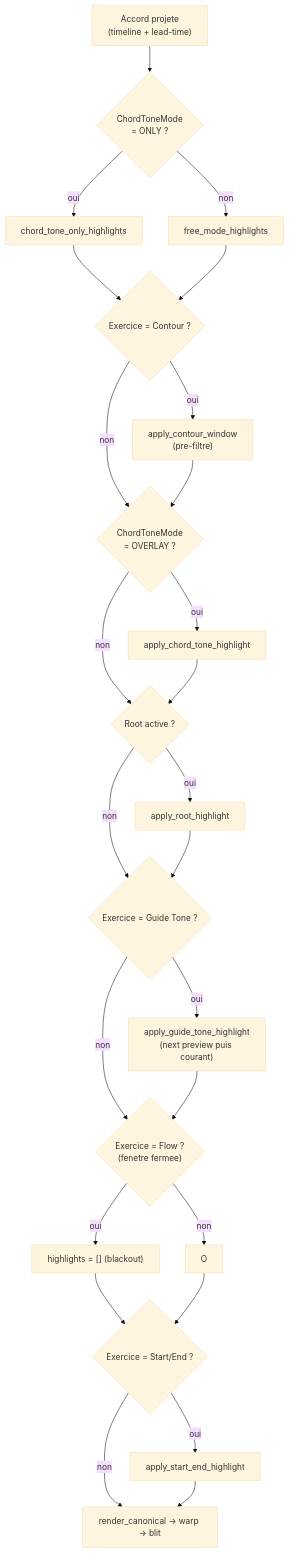
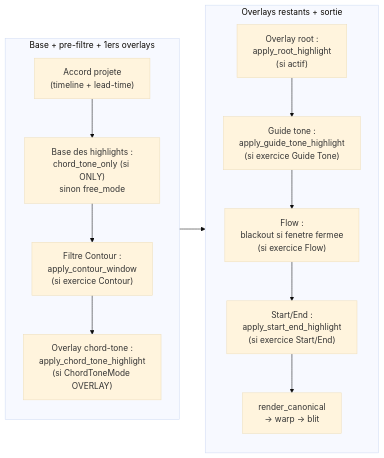
One commit to AlexandreRiedo/leadsheet-utility changed the fifth of 11 diagrams in rapport/plan-solution-technique.md. Above: the diagram before and after it, drawn with Mermaid (base theme). The commit also changed other lines of this file and 13 other files, not shown here.

````diff
--- a/rapport/plan-solution-technique.md
+++ b/rapport/plan-solution-technique.md
@@ -219,27 +261,17 @@
 ```mermaid
-flowchart TD
-    A["Accord projete<br/>(timeline + lead-time)"] --> B{"ChordToneMode<br/>= ONLY ?"}
-    B -- oui --> C["chord_tone_only_highlights"]
-    B -- non --> D["free_mode_highlights"]
-    C --> E{"Exercice = Contour ?"}
-    D --> E
-    E -- oui --> F["apply_contour_window<br/>(pre-filtre)"]
-    E -- non --> G
-    F --> G{"ChordToneMode<br/>= OVERLAY ?"}
-    G -- oui --> H["apply_chord_tone_highlight"]
-    G -- non --> I
-    H --> I{"Root active ?"}
-    I -- oui --> J["apply_root_highlight"]
-    I -- non --> K
-    J --> K{"Exercice = Guide Tone ?"}
-    K -- oui --> L["apply_guide_tone_highlight<br/>(next preview puis courant)"]
-    K -- non --> M
-    L --> M{"Exercice = Flow ?<br/>(fenetre fermee)"}
-    M -- oui --> N["highlights = [] (blackout)"]
-    M -- non --> O
-    N --> P
-    O --> P{"Exercice = Start/End ?"}
-    P -- oui --> Q["apply_start_end_highlight"]
-    P -- non --> R
-    Q --> R["render_canonical → warp → blit"]
+flowchart LR
+    subgraph col1 ["Base + pre-filtre + 1ers overlays"]
+        direction TB
+        A["Accord projete<br/>(timeline + lead-time)"] --> B["Base des highlights :<br/>chord_tone_only (si ONLY)<br/>sinon free_mode"]
+        B --> C["Filtre Contour :<br/>apply_contour_window<br/>(si exercice Contour)"]
+        C --> D["Overlay chord-tone :<br/>apply_chord_tone_highlight<br/>(si ChordToneMode OVERLAY)"]
+    end
+    subgraph col2 ["Overlays restants + sortie"]
+        direction TB
+        E["Overlay root :<br/>apply_root_highlight<br/>(si actif)"] --> F["Guide tone :<br/>apply_guide_tone_highlight<br/>(si exercice Guide Tone)"]
+        F --> G["Flow :<br/>blackout si fenetre fermee<br/>(si exercice Flow)"]
+        G --> H["Start/End :<br/>apply_start_end_highlight<br/>(si exercice Start/End)"]
+        H --> I["render_canonical<br/>→ warp → blit"]
+    end
+    col1 --> col2
 ```
````
